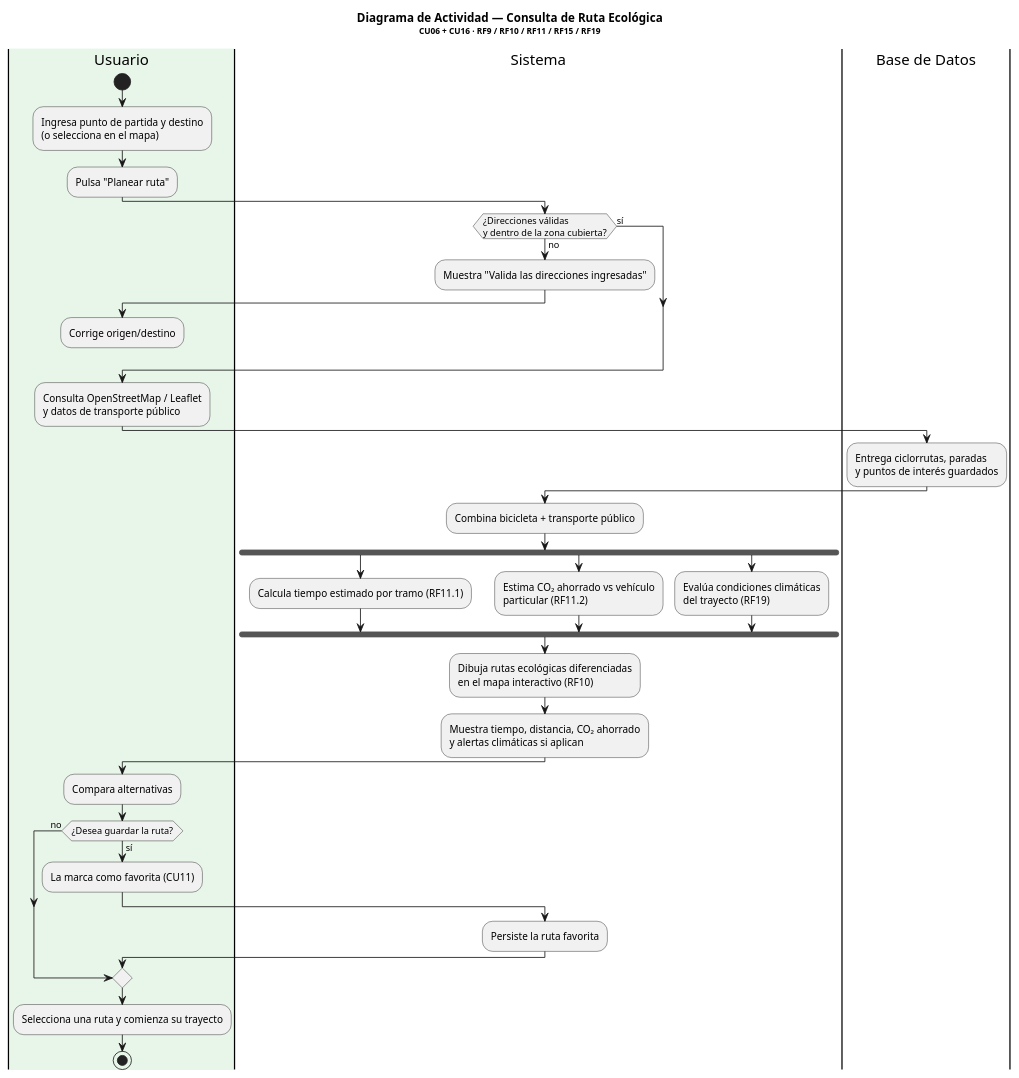
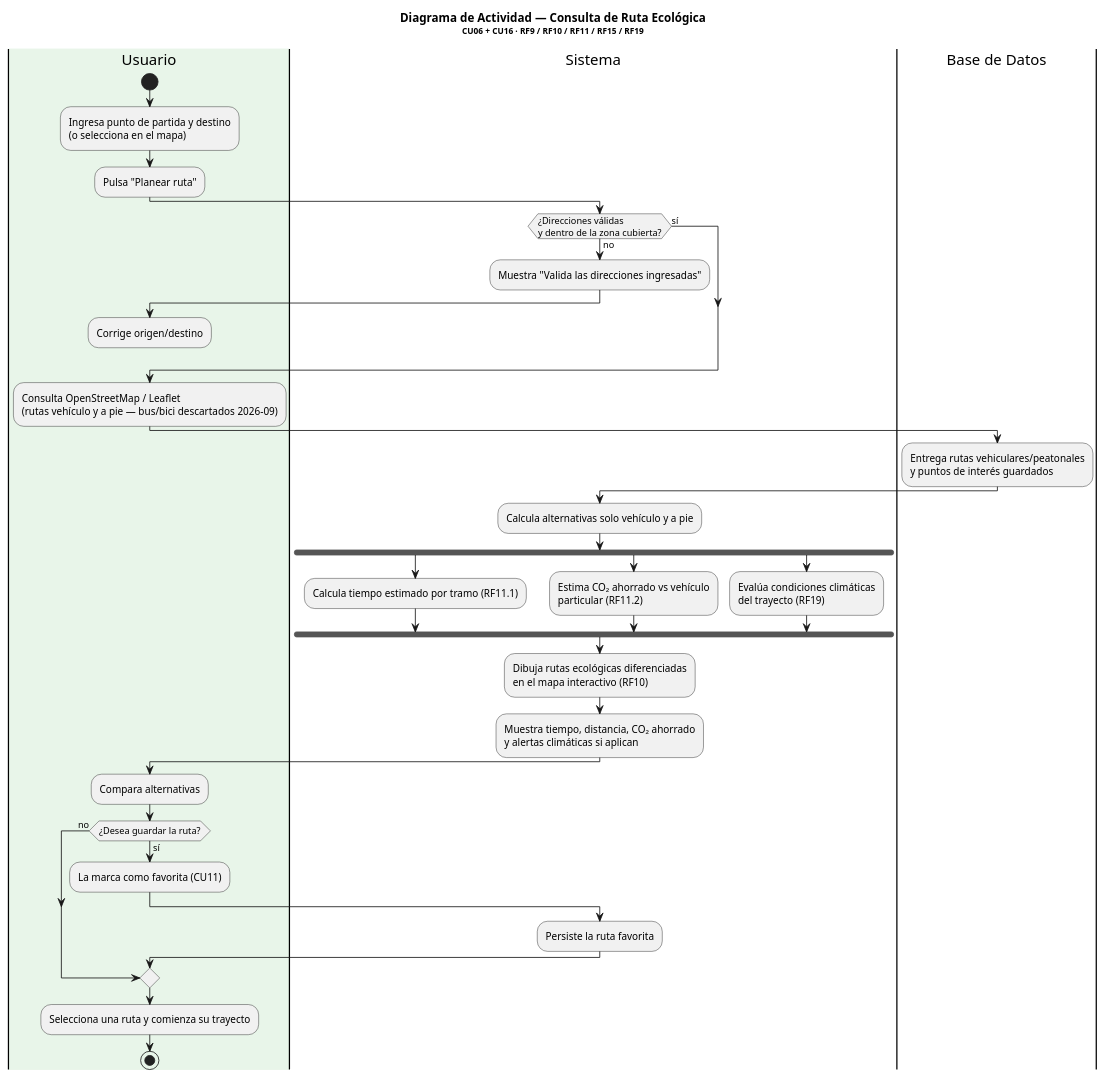
One commit to daniel2004-lsd/EcoRuteando changed the diagram in documents/diagramas-actividad/actividad_consulta_ruta.puml. Above: the diagram before and after it, drawn with PlantUML. The commit also changed 64 other files, not shown here.

```diff
--- a/documents/diagramas-actividad/actividad_consulta_ruta.puml
+++ b/documents/diagramas-actividad/actividad_consulta_ruta.puml
@@ -1,49 +1,49 @@
 @startuml Actividad_ConsultaRuta
 title <b>Diagrama de Actividad — Consulta de Ruta Ecológica</b>\n<size:10>CU06 + CU16 · RF9 / RF10 / RF11 / RF15 / RF19</size>
 
 |#E8F5E9|Usuario|
 start
 :Ingresa punto de partida y destino\n(o selecciona en el mapa);
 :Pulsa "Planear ruta";
 
 |#FFFFFF|Sistema|
 if (¿Direcciones válidas\ny dentro de la zona cubierta?) then (no)
   :Muestra "Valida las direcciones ingresadas";
   |Usuario|
   :Corrige origen/destino;
   detach
 else (sí)
 endif
 
-:Consulta OpenStreetMap / Leaflet\ny datos de transporte público;
+:Consulta OpenStreetMap / Leaflet\n(rutas vehículo y a pie — bus/bici descartados 2026-09);
 
 |Base de Datos|
-:Entrega ciclorrutas, paradas\ny puntos de interés guardados;
+:Entrega rutas vehiculares/peatonales\ny puntos de interés guardados;
 
 |Sistema|
-:Combina bicicleta + transporte público;
+:Calcula alternativas solo vehículo y a pie;
 fork
   :Calcula tiempo estimado por tramo (RF11.1);
 fork again
   :Estima CO₂ ahorrado vs vehículo\nparticular (RF11.2);
 fork again
   :Evalúa condiciones climáticas\ndel trayecto (RF19);
 end fork
 
 :Dibuja rutas ecológicas diferenciadas\nen el mapa interactivo (RF10);
 :Muestra tiempo, distancia, CO₂ ahorrado\ny alertas climáticas si aplican;
 
 |Usuario|
 :Compara alternativas;
 if (¿Desea guardar la ruta?) then (sí)
   :La marca como favorita (CU11);
   |Sistema|
   :Persiste la ruta favorita;
 else (no)
 endif
 
 |Usuario|
 :Selecciona una ruta y comienza su trayecto;
 stop
 
 @enduml
```
